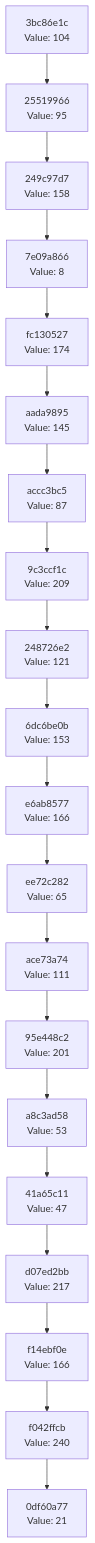
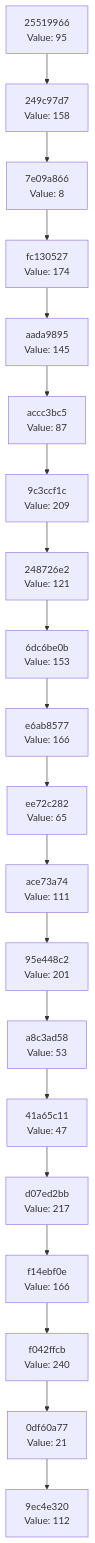
The diagram in docs/CHAIN_VISUALIZATION.md (Abhisheksinha1506/hash-chain-evolver), drawn with Mermaid before and after one commit. The commit also changed 3 other files, not shown here.

````diff
--- a/docs/CHAIN_VISUALIZATION.md
+++ b/docs/CHAIN_VISUALIZATION.md
@@ -3,42 +3,42 @@
 ```mermaid
 graph TD
-    C0["0df60a77<br/>Value: 21"]
-    C1["f042ffcb<br/>Value: 240"]
+    C0["9ec4e320<br/>Value: 112"]
+    C1["0df60a77<br/>Value: 21"]
     C1 --> C0
-    C2["f14ebf0e<br/>Value: 166"]
+    C2["f042ffcb<br/>Value: 240"]
     C2 --> C1
-    C3["d07ed2bb<br/>Value: 217"]
+    C3["f14ebf0e<br/>Value: 166"]
     C3 --> C2
-    C4["41a65c11<br/>Value: 47"]
+    C4["d07ed2bb<br/>Value: 217"]
     C4 --> C3
-    C5["a8c3ad58<br/>Value: 53"]
+    C5["41a65c11<br/>Value: 47"]
     C5 --> C4
-    C6["95e448c2<br/>Value: 201"]
+    C6["a8c3ad58<br/>Value: 53"]
     C6 --> C5
-    C7["ace73a74<br/>Value: 111"]
+    C7["95e448c2<br/>Value: 201"]
     C7 --> C6
-    C8["ee72c282<br/>Value: 65"]
+    C8["ace73a74<br/>Value: 111"]
     C8 --> C7
-    C9["e6ab8577<br/>Value: 166"]
+    C9["ee72c282<br/>Value: 65"]
     C9 --> C8
-    C10["6dc6be0b<br/>Value: 153"]
+    C10["e6ab8577<br/>Value: 166"]
     C10 --> C9
-    C11["248726e2<br/>Value: 121"]
+    C11["6dc6be0b<br/>Value: 153"]
     C11 --> C10
-    C12["9c3ccf1c<br/>Value: 209"]
+    C12["248726e2<br/>Value: 121"]
     C12 --> C11
-    C13["accc3bc5<br/>Value: 87"]
+    C13["9c3ccf1c<br/>Value: 209"]
     C13 --> C12
-    C14["aada9895<br/>Value: 145"]
+    C14["accc3bc5<br/>Value: 87"]
     C14 --> C13
-    C15["fc130527<br/>Value: 174"]
+    C15["aada9895<br/>Value: 145"]
     C15 --> C14
-    C16["7e09a866<br/>Value: 8"]
+    C16["fc130527<br/>Value: 174"]
     C16 --> C15
-    C17["249c97d7<br/>Value: 158"]
+    C17["7e09a866<br/>Value: 8"]
     C17 --> C16
-    C18["25519966<br/>Value: 95"]
+    C18["249c97d7<br/>Value: 158"]
     C18 --> C17
-    C19["3bc86e1c<br/>Value: 104"]
+    C19["25519966<br/>Value: 95"]
     C19 --> C18
 ```
````
